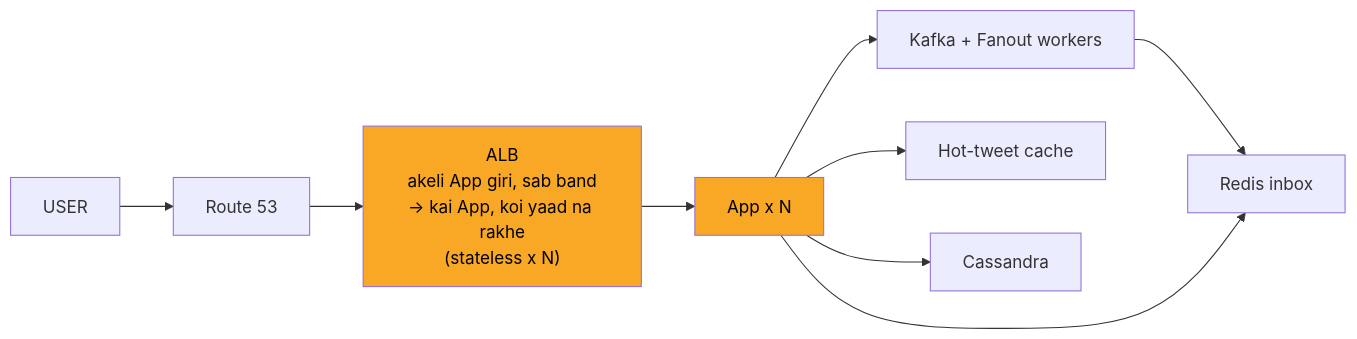
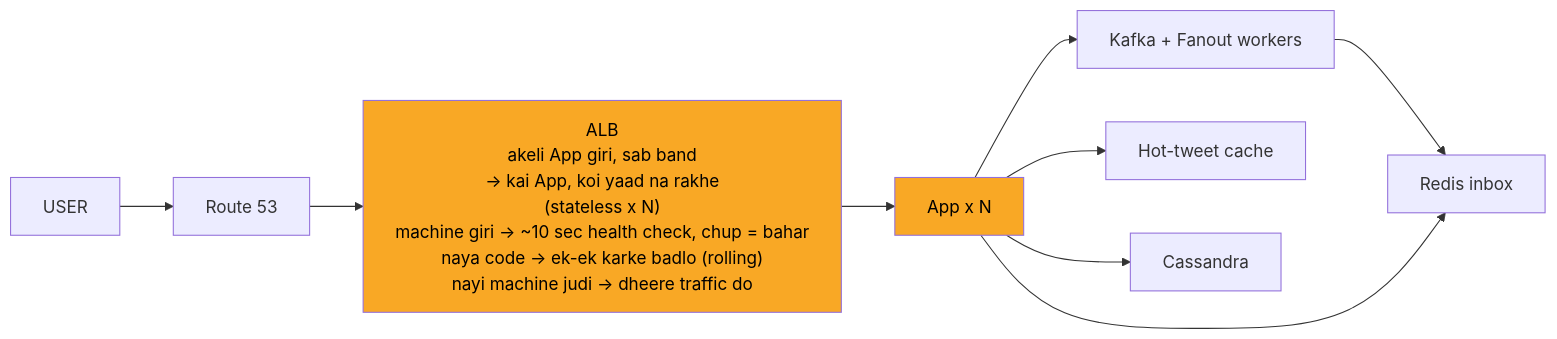
Before and after one commit to ArpanMaheshwari144/Prep: the ninth of 12 diagrams in 04_HLD/SYSTEM_DESIGNS/03_twitter_feed/03_twitter_feed.md, drawn with Mermaid. The commit also changed other lines of this file and 12 other files, not shown here.

Commit message:
hld 02-14: peele dabbe me SAFAR ke mod + diagram chauda (wrappingWidth 450)

````diff
--- a/04_HLD/SYSTEM_DESIGNS/03_twitter_feed/03_twitter_feed.md
+++ b/04_HLD/SYSTEM_DESIGNS/03_twitter_feed/03_twitter_feed.md
@@ -373,21 +381,22 @@
 ```mermaid
+%%{init: {"flowchart": {"wrappingWidth": 450}}}%%
 flowchart LR
     n_USER["USER"]
     n_Route_53["Route 53"]
-    n_ALB["ALB<br/>akeli App giri, sab band<br/>-> kai App, koi yaad na rakhe<br/>(stateless x N)"]
+    n_ALB["ALB<br/>akeli App giri, sab band<br/>-> kai App, koi yaad na rakhe<br/>(stateless x N)<br/>machine giri -> ~10 sec health check, chup = bahar<br/>naya code -> ek-ek karke badlo (rolling)<br/>nayi machine judi -> dheere traffic do"]
     n_App_xN["App x N"]
     n_FAN["Kafka + Fanout workers"]
     n_Redis_inbox["Redis inbox"]
     n_Hot_tweet_cache["Hot-tweet cache"]
     n_Cassandra["Cassandra"]
     n_USER --> n_Route_53
     n_Route_53 --> n_ALB
     n_ALB --> n_App_xN
     n_App_xN --> n_FAN
     n_App_xN --> n_Hot_tweet_cache
     n_App_xN --> n_Cassandra
     n_FAN --> n_Redis_inbox
     n_App_xN --> n_Redis_inbox
     style n_ALB fill:#f9a825,color:#000
     style n_App_xN fill:#f9a825,color:#000
 ```
````
